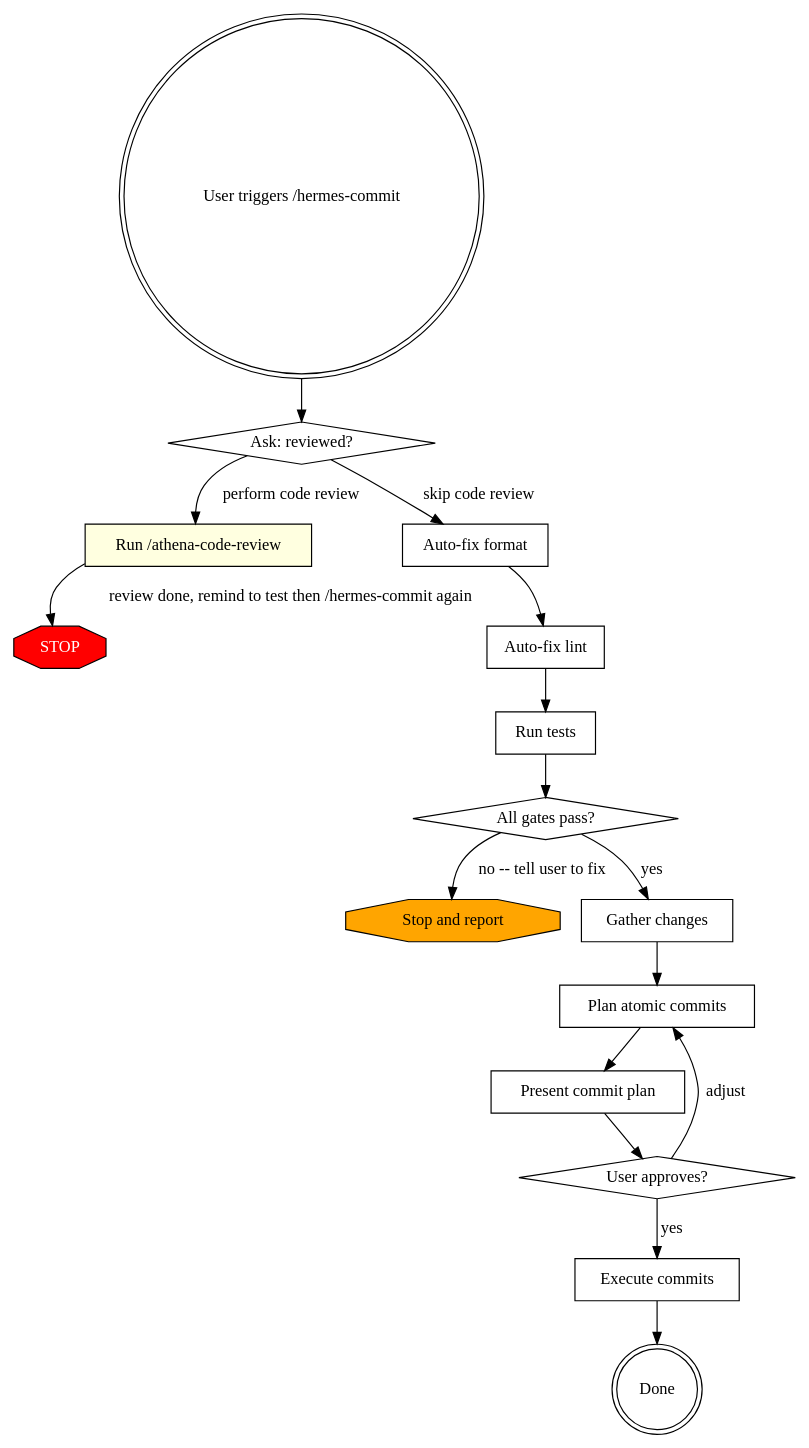
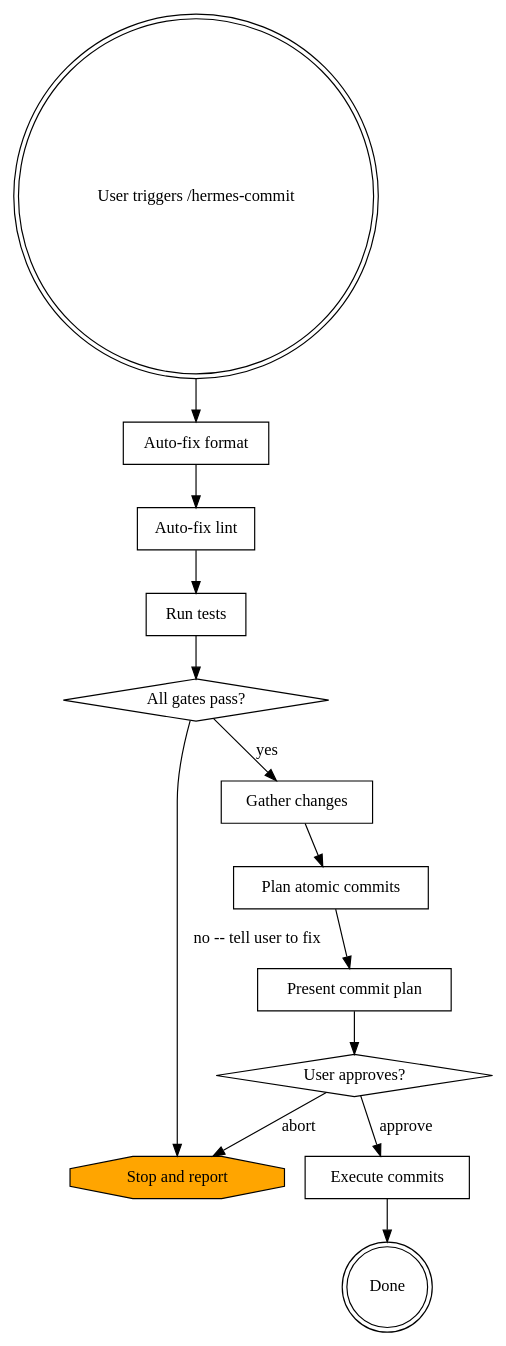
One commit to pandaworks-software-plt/pandahrms-skills changed the diagram in skills/hermes-commit/SKILL.md. Above: the diagram before and after it, drawn with Graphviz. The commit also changed other lines of this file and 3 other files, not shown here.

````diff
--- a/skills/hermes-commit/SKILL.md
+++ b/skills/hermes-commit/SKILL.md
@@ -31,35 +29,29 @@
 ```dot
 digraph commit {
     "User triggers /hermes-commit" [shape=doublecircle];
-    "Ask: reviewed?" [shape=diamond];
-    "Run /athena-code-review" [shape=box, style=filled, fillcolor=lightyellow];
-    "STOP" [shape=octagon, style=filled, fillcolor=red, fontcolor=white];
     "Auto-fix format" [shape=box];
     "Auto-fix lint" [shape=box];
     "Run tests" [shape=box];
     "All gates pass?" [shape=diamond];
     "Stop and report" [shape=octagon, style=filled, fillcolor=orange];
     "Gather changes" [shape=box];
     "Plan atomic commits" [shape=box];
     "Present commit plan" [shape=box];
     "User approves?" [shape=diamond];
     "Execute commits" [shape=box];
     "Done" [shape=doublecircle];
 
-    "User triggers /hermes-commit" -> "Ask: reviewed?";
-    "Ask: reviewed?" -> "Run /athena-code-review" [label="perform code review"];
-    "Run /athena-code-review" -> "STOP" [label="review done, remind to test then /hermes-commit again"];
-    "Ask: reviewed?" -> "Auto-fix format" [label="skip code review"];
+    "User triggers /hermes-commit" -> "Auto-fix format";
     "Auto-fix format" -> "Auto-fix lint";
     "Auto-fix lint" -> "Run tests";
     "Run tests" -> "All gates pass?";
     "All gates pass?" -> "Stop and report" [label="no -- tell user to fix"];
     "All gates pass?" -> "Gather changes" [label="yes"];
     "Gather changes" -> "Plan atomic commits";
     "Plan atomic commits" -> "Present commit plan";
     "Present commit plan" -> "User approves?";
-    "User approves?" -> "Execute commits" [label="yes"];
-    "User approves?" -> "Plan atomic commits" [label="adjust"];
+    "User approves?" -> "Execute commits" [label="approve"];
+    "User approves?" -> "Stop and report" [label="abort"];
     "Execute commits" -> "Done";
 }
 ```
````
